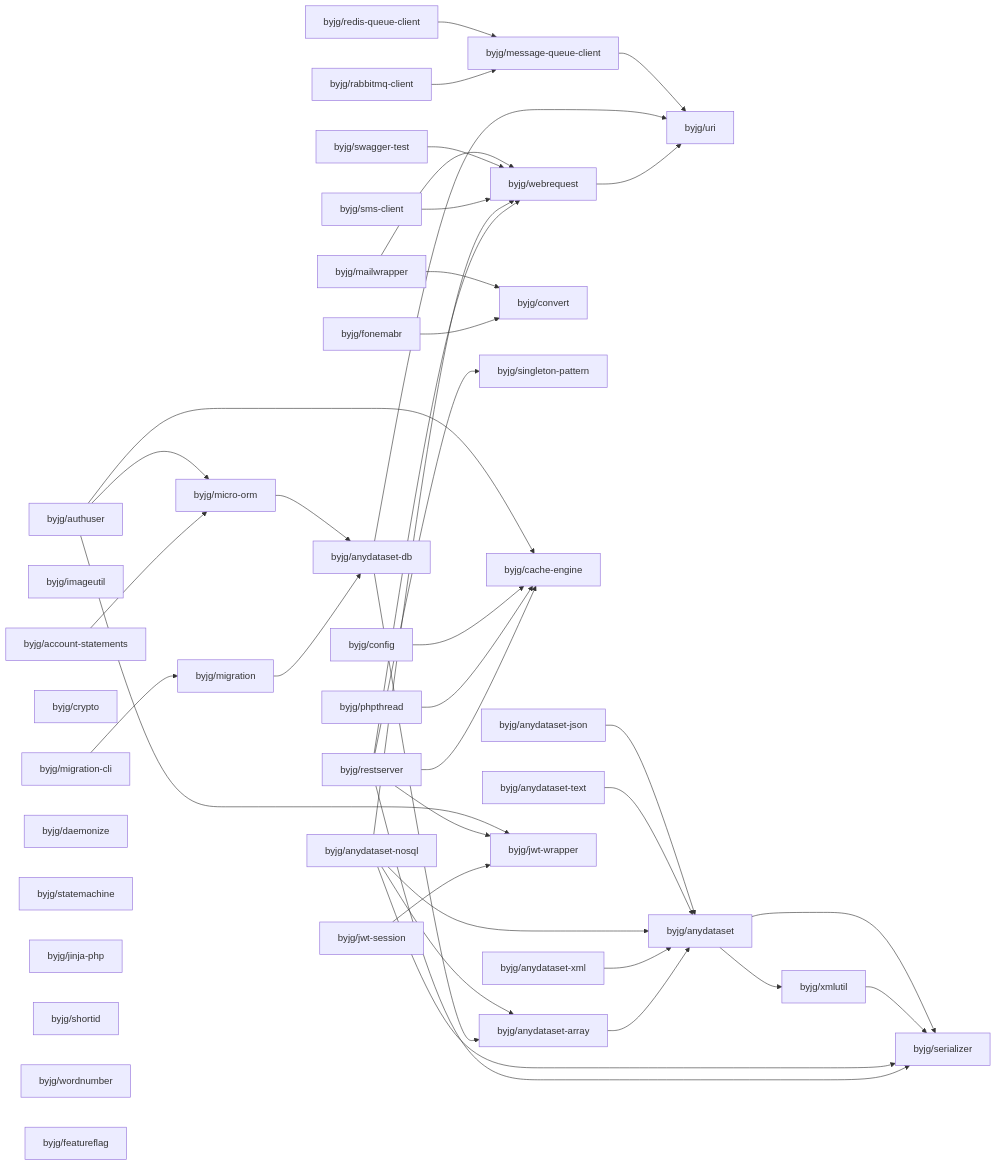
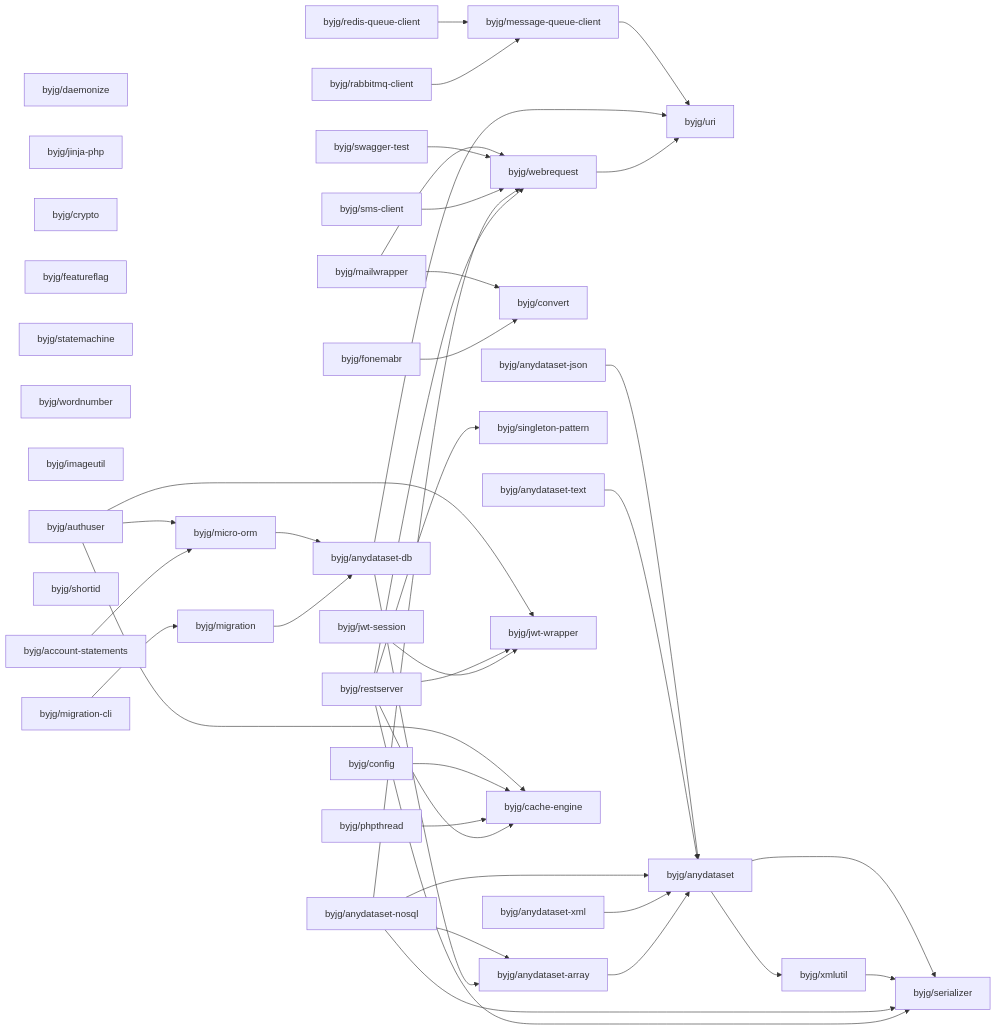
Before and after one commit to byjg/byjg.github.io: the diagram in docs/php/README.md, drawn with Mermaid. The commit also changed other lines of this file and 2 other files, not shown here.

Commit message:
Update documentation 'php' 'php-anydataset-db'

````diff
--- a/docs/php/README.md
+++ b/docs/php/README.md
@@ -3,79 +3,79 @@
 ```mermaid
 graph LR;
+  byjg/daemonize;
+  byjg/jinja-php;
+  byjg/anydataset-text;
+  byjg/rabbitmq-client;
+  byjg/mailwrapper;
+  byjg/anydataset-nosql;
+  byjg/crypto;
+  byjg/featureflag;
+  byjg/statemachine;
+  byjg/wordnumber;
+  byjg/swagger-test;
+  byjg/anydataset-json;
+  byjg/imageutil;
+  byjg/jwt-session;
+  byjg/config;
+  byjg/authuser;
+  byjg/shortid;
+  byjg/sms-client;
+  byjg/fonemabr;
+  byjg/anydataset-xml;
+  byjg/redis-queue-client;
+  byjg/account-statements;
+  byjg/restserver;
+  byjg/migration-cli;
   byjg/phpthread;
-  byjg/fonemabr;
-  byjg/account-statements;
-  byjg/sms-client;
-  byjg/config;
-  byjg/mailwrapper;
-  byjg/imageutil;
-  byjg/authuser;
-  byjg/crypto;
-  byjg/anydataset-json;
-  byjg/anydataset-nosql;
-  byjg/migration-cli;
-  byjg/daemonize;
-  byjg/statemachine;
-  byjg/jinja-php;
-  byjg/restserver;
-  byjg/shortid;
-  byjg/wordnumber;
-  byjg/redis-queue-client;
-  byjg/swagger-test;
-  byjg/rabbitmq-client;
-  byjg/jwt-session;
-  byjg/anydataset-text;
-  byjg/featureflag;
-  byjg/anydataset-xml;
   byjg/convert;
+  byjg/message-queue-client;
   byjg/micro-orm;
+  byjg/singleton-pattern;
+  byjg/webrequest;
+  byjg/jwt-wrapper;
   byjg/migration;
-  byjg/singleton-pattern;
   byjg/cache-engine;
-  byjg/webrequest;
-  byjg/message-queue-client;
-  byjg/jwt-wrapper;
   byjg/anydataset-db;
   byjg/anydataset-array;
   byjg/uri;
   byjg/anydataset;
   byjg/xmlutil;
   byjg/serializer;
   byjg/account-statements --> byjg/micro-orm;
   byjg/fonemabr --> byjg/convert;
   byjg/webrequest --> byjg/uri;
   byjg/anydataset-array --> byjg/anydataset;
   byjg/anydataset-xml --> byjg/anydataset;
   byjg/rabbitmq-client --> byjg/message-queue-client;
   byjg/redis-queue-client --> byjg/message-queue-client;
   byjg/jwt-session --> byjg/jwt-wrapper;
   byjg/anydataset-db --> byjg/anydataset-array;
   byjg/anydataset-db --> byjg/uri;
   byjg/restserver --> byjg/serializer;
   byjg/restserver --> byjg/singleton-pattern;
   byjg/restserver --> byjg/cache-engine;
   byjg/restserver --> byjg/webrequest;
   byjg/restserver --> byjg/jwt-wrapper;
   byjg/migration --> byjg/anydataset-db;
   byjg/anydataset-nosql --> byjg/anydataset;
   byjg/anydataset-nosql --> byjg/anydataset-array;
   byjg/anydataset-nosql --> byjg/serializer;
   byjg/anydataset-nosql --> byjg/webrequest;
   byjg/phpthread --> byjg/cache-engine;
   byjg/sms-client --> byjg/webrequest;
   byjg/swagger-test --> byjg/webrequest;
   byjg/migration-cli --> byjg/migration;
   byjg/config --> byjg/cache-engine;
   byjg/anydataset-text --> byjg/anydataset;
   byjg/micro-orm --> byjg/anydataset-db;
   byjg/authuser --> byjg/micro-orm;
   byjg/authuser --> byjg/cache-engine;
   byjg/authuser --> byjg/jwt-wrapper;
   byjg/anydataset-json --> byjg/anydataset;
   byjg/mailwrapper --> byjg/convert;
   byjg/mailwrapper --> byjg/webrequest;
   byjg/xmlutil --> byjg/serializer;
   byjg/anydataset --> byjg/serializer;
   byjg/anydataset --> byjg/xmlutil;
   byjg/message-queue-client --> byjg/uri;
 ```
````
